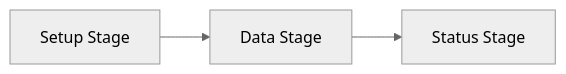
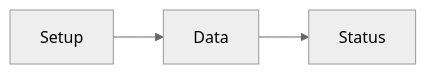
The fourth of 13 diagrams in books/usb-from-spec/figures-final.md (goura32/techbook), drawn with Mermaid (neutral theme) before and after one commit. The commit also changed other lines of this file and 38 other files, not shown here.

````diff
--- a/books/usb-from-spec/figures-final.md
+++ b/books/usb-from-spec/figures-final.md
@@ -36,5 +50,5 @@
 ```mermaid
 flowchart LR
-  A["Setup Stage"] --> B["Data Stage"]
-  B --> C["Status Stage"]
+  A["Setup"] --> B["Data"]
+  B --> C["Status"]
 ```
````
